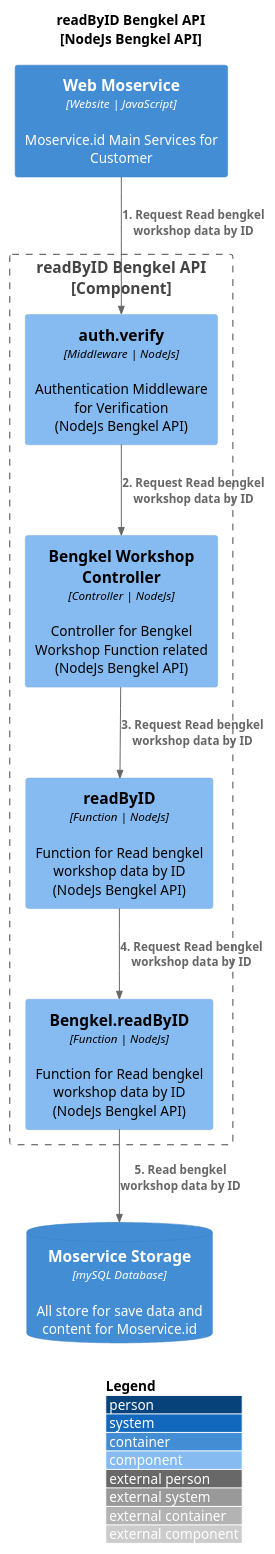
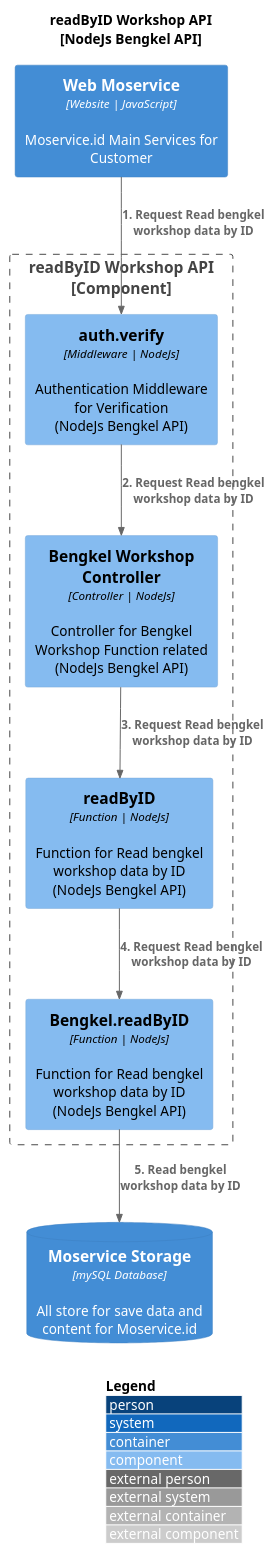
One commit to JoshAndreas/Project-C4-Diagram changed the diagram in [NodeJs]-bengkel/read-by-id-workshop.puml. Above: the diagram before and after it, drawn with PlantUML. The commit also changed 189 other files, not shown here.

Commit message:
Add New C4 Diagram File NodeJs-Bengkel

```diff
--- a/[NodeJs]-bengkel/read-by-id-workshop.puml
+++ b/[NodeJs]-bengkel/read-by-id-workshop.puml
@@ -1,24 +1,24 @@
 @startuml
 !include https://raw.githubusercontent.com/plantuml-stdlib/C4-PlantUML/master/C4_Component.puml
 
 LAYOUT_WITH_LEGEND()
-title readByID Bengkel API\n[NodeJs Bengkel API]
+title readByID Workshop API\n[NodeJs Bengkel API]
 
 Container(Web_Moservice, "Web Moservice", "Website | JavaScript", "Moservice.id Main Services for Customer")
-Boundary(api, "readByID Bengkel API\n[Component]"){
+Boundary(api, "readByID Workshop API\n[Component]"){
     Component(auth_middleware, "auth.verify", "Middleware | NodeJs", "Authentication Middleware for Verification\n(NodeJs Bengkel API)")
     Component(bengkel, "Bengkel Workshop Controller", "Controller | NodeJs", "Controller for Bengkel Workshop Function related\n(NodeJs Bengkel API)")
 
     Component(readByID, "readByID", "Function | NodeJs", "Function for Read bengkel workshop data by ID\n(NodeJs Bengkel API)")
     Component(readByIDs, "Bengkel.readByID", "Function | NodeJs", "Function for Read bengkel workshop data by ID\n(NodeJs Bengkel API)")
 
 }
 ContainerDb(database, "Moservice Storage", "mySQL Database", "All store for save data and content for Moservice.id")
 
 Rel(Web_Moservice, auth_middleware, "1. Request Read bengkel workshop data by ID")
 Rel(auth_middleware, bengkel, "2. Request Read bengkel workshop data by ID")
 Rel(bengkel, readByID, "3. Request Read bengkel workshop data by ID")
 Rel(readByID, readByIDs, "4. Request Read bengkel workshop data by ID")
 Rel(readByIDs, database, "5. Read bengkel workshop data by ID")
 
 @enduml
```
